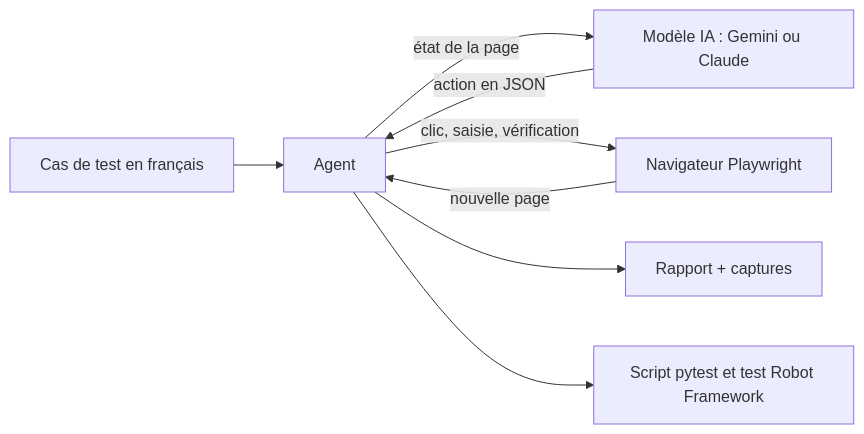
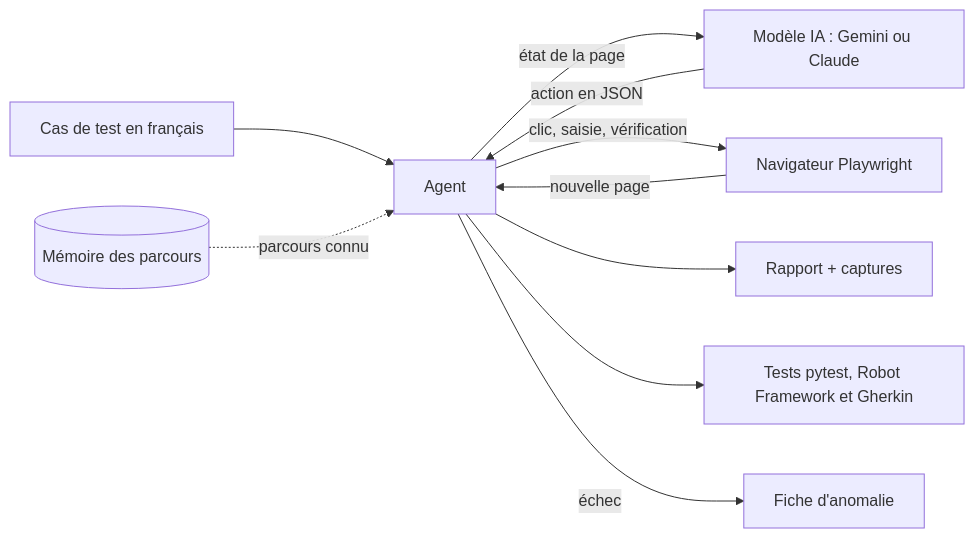
The diagram in README.md (smail-ops/agent-qa-playwright), drawn with Mermaid before and after one commit. The commit also changed other lines of this file and 90 other files, not shown here.

Commit message:
Quotas, campagne, mémoire, anomalies, Gherkin, user stories, vision et Alfred conversationnel

````diff
--- a/README.md
+++ b/README.md
@@ -21,10 +25,12 @@
 ```mermaid
 flowchart LR
     CT[Cas de test en français] --> A[Agent]
+    MEM[(Mémoire des parcours)] -. parcours connu .-> A
     A -- état de la page --> M[Modèle IA : Gemini ou Claude]
     M -- action en JSON --> A
     A -- clic, saisie, vérification --> N[Navigateur Playwright]
     N -- nouvelle page --> A
     A --> R[Rapport + captures]
-    A --> S[Script pytest et test Robot Framework]
+    A --> S[Tests pytest, Robot Framework et Gherkin]
+    A -- échec --> F[Fiche d'anomalie]
 ```
````
